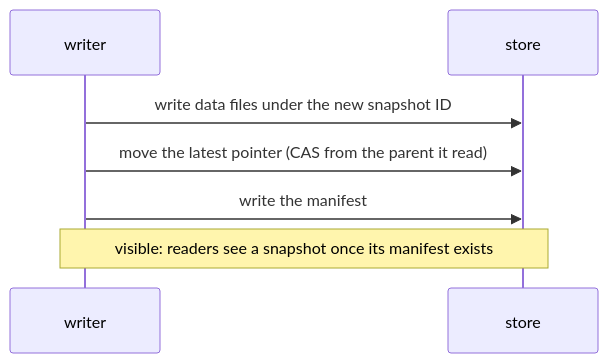
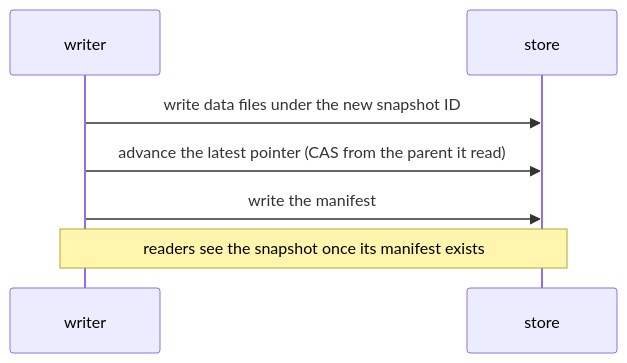
Before and after one commit to pithecene/lode: the second of 3 diagrams in README.md, drawn with Mermaid. The commit also changed other lines of this file, not shown here.

````diff
--- a/README.md
+++ b/README.md
@@ -96,9 +106,9 @@
 ```mermaid
 sequenceDiagram
     participant W as writer
     participant S as store
     W->>S: write data files under the new snapshot ID
-    W->>S: move the latest pointer (CAS from the parent it read)
+    W->>S: advance the latest pointer (CAS from the parent it read)
     W->>S: write the manifest
-    Note over W,S: visible: readers see a snapshot once its manifest exists
+    Note over W,S: readers see the snapshot once its manifest exists
 ```
````
